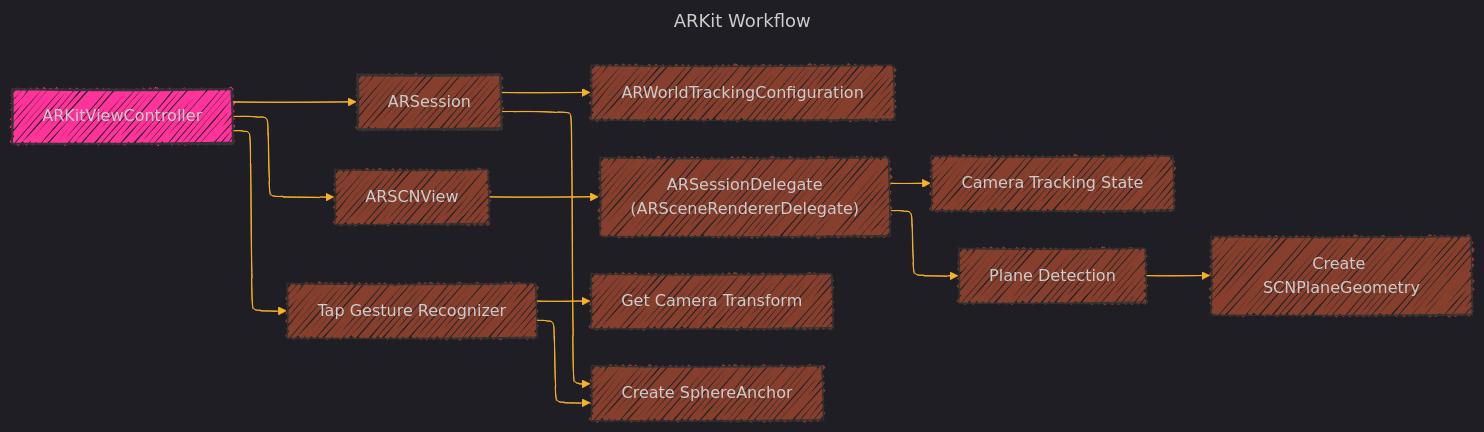
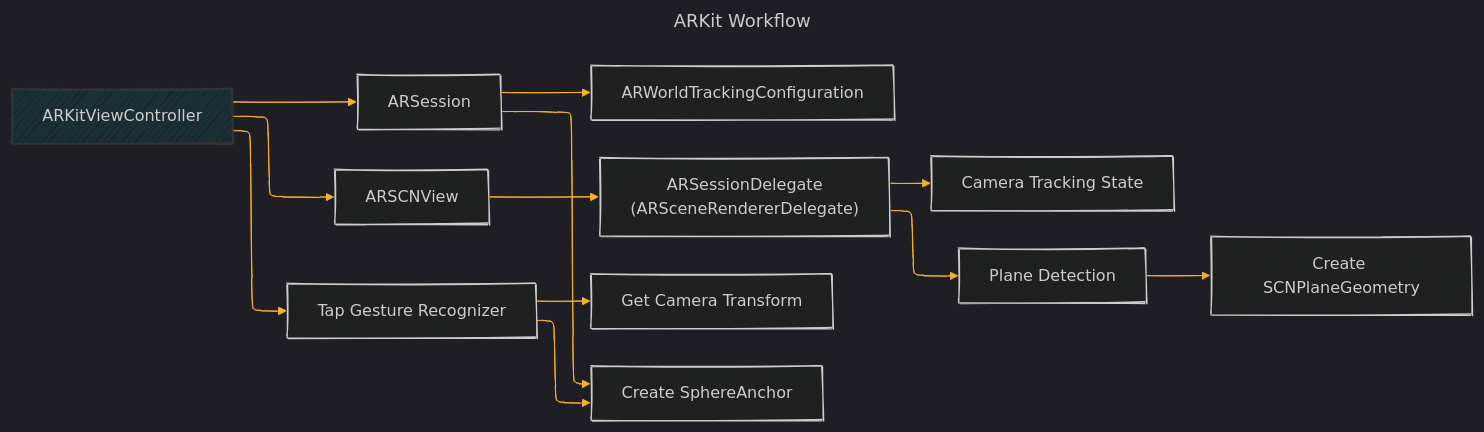
The fifth of 8 diagrams in Documentation_Consolidated_Version_Draft_2.md (CongLeSolutionX/Metal-Primitives), drawn with Mermaid before and after one commit. The commit also changed other lines of this file, not shown here.

````diff
--- a/Documentation_Consolidated_Version_Draft_2.md
+++ b/Documentation_Consolidated_Version_Draft_2.md
@@ -346,59 +347,50 @@
 ```mermaid
 ---
 title: ARKit Workflow
 config:
   layout: elk
   look: handDrawn
   theme: dark
 ---
 %%{
   init: {
     'fontFamily': 'verdana',
     'themeVariables': {
       'primaryColor': '#BB2528',
       'primaryTextColor': '#f529',
       'primaryBorderColor': '#7C0000',
       'lineColor': '#F8B229',
       'secondaryColor': '#006100',
       'tertiaryColor': '#fff'
     }
   }
 }%%
 graph LR
     A["ARKitViewController"] --> B["ARSession"]
     B --> C["ARWorldTrackingConfiguration"]
     A --> D["ARSCNView"]
     D --> E["ARSessionDelegate<br>(ARSceneRendererDelegate)"]
     E --> F["Camera Tracking State"]
     E --> G["Plane Detection"]
     G --> H["Create SCNPlaneGeometry"]
     A --> I["Tap Gesture Recognizer"]
     I --> J["Get Camera Transform"]
     I --> K["Create SphereAnchor"]
     B --> K
 
-    style A fill:#f39f,stroke:#333,stroke-width:2px
-    style B fill:#c539,stroke:#333,stroke-width:2px
-    style C fill:#c539,stroke:#333,stroke-width:1px
-    style D fill:#c539,stroke:#333,stroke-width:1px
-    style E fill:#c539,stroke:#333,stroke-width:1px
-    style F fill:#c539,stroke:#333,stroke-width:1px
-    style G fill:#c539,stroke:#333,stroke-width:1px
-    style H fill:#c539,stroke:#333,stroke-width:1px
-    style I fill:#c539,stroke:#333,stroke-width:1px
-    style J fill:#c539,stroke:#333,stroke-width:1px
-    style K fill:#c539,stroke:#333,stroke-width:1px
+    classDef Style_for_ARKit_Framework fill:#1555,stroke:#333,stroke-width:2px
+    class A Style_for_ARKit_Framework
 
     click A "https://developer.apple.com/documentation/arkit"
     click B "https://developer.apple.com/documentation/arkit/arsession"
     click C "https://developer.apple.com/documentation/arkit/arworldtrackingconfiguration"
     click D "https://developer.apple.com/documentation/scenekit/arscnview"
     click E "https://developer.apple.com/documentation/arkit/arscnviewdelegate"
     click F "https://developer.apple.com/documentation/arkit/arcamera"
     click G "https://developer.apple.com/documentation/arkit/arplanedetection"
     click H "https://developer.apple.com/documentation/scenekit/scngeometry"
     click I "https://developer.apple.com/documentation/uikit/uitapgesturerecognizer"
     click J "https://developer.apple.com/documentation/arkit/arframe/3242800-camera"
     click K "https://developer.apple.com/documentation/arkit/aranchor"
     
 ```
````
